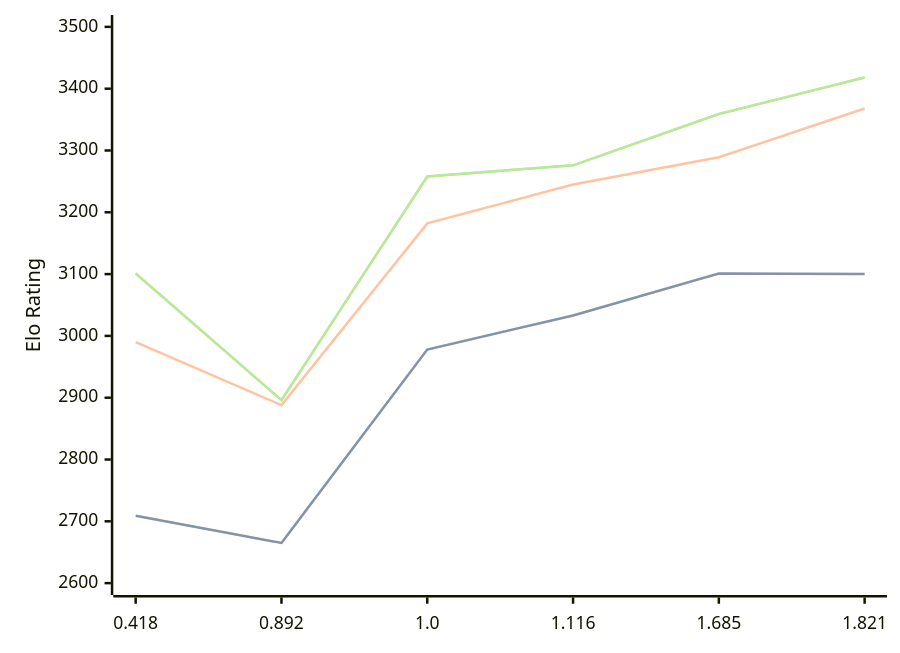
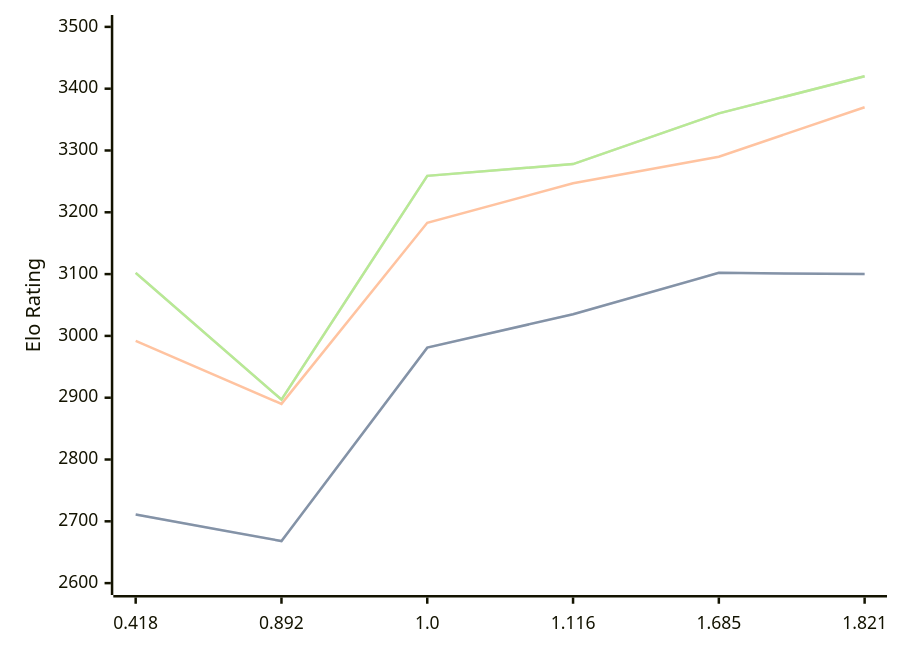
Before and after one commit to computer-chess-index/cci: the diagram in engines/Malika.md, drawn with Mermaid. The commit also changed other lines of this file, not shown here.

Commit message:
Update CCI Ratings (ELO VLTC) - 2026-09-01

````diff
--- a/engines/Malika.md
+++ b/engines/Malika.md
@@ -36,11 +36,11 @@
 ```mermaid
 %%{init: {"theme":"base","themeVariables":{"seriesColors:['#a3a3a3','#222221','#faa371']}}}%%
 xychart-beta
   x-axis ["0.418", "0.892", "1.0", "1.116", "1.685", "1.821"]
   y-axis "Elo Rating" 2600 --> 3500
-  line "" [2709, 2665, 2978, 3033, 3101, 3100]
-  line "STC (8.0+0.08s)" [2709, 2665, 2978, 3033, 3101, 3100]
-  line "LTC (60.0+0.60s)" [2990, 2888, 3182, 3245, 3289, 3368]
-  line "" [3101, 2896, 3258, 3276, 3359, 3418]
-  line "VLTC (2m24s+1.12s)" [3101, 2896, 3258, 3276, 3359, 3418]
+  line "" [2711, 2668, 2981, 3035, 3102, 3100]
+  line "STC (8.0+0.08s)" [2711, 2668, 2981, 3035, 3102, 3100]
+  line "LTC (60.0+0.60s)" [2992, 2890, 3183, 3247, 3290, 3370]
+  line "" [3102, 2897, 3259, 3278, 3360, 3420]
+  line "VLTC (2m24s+1.12s)" [3102, 2897, 3259, 3278, 3360, 3420]
 ```
````
